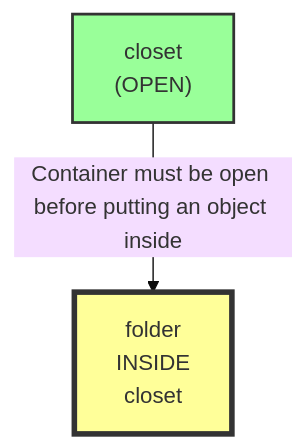
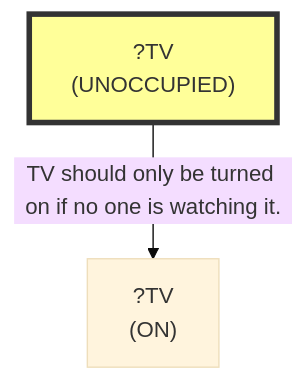
Before and after one commit to scuama/virtualhome: diagram 13 of 16 in evaluation/results/table1/robostate/scale/S5/S-G05/run_T1_SCALE_SG05_S5.md, drawn with Mermaid (base theme). The commit also changed other lines of this file and 96 other files, not shown here.

````diff
--- a/evaluation/results/table1/robostate/scale/S5/S-G05/run_T1_SCALE_SG05_S5.md
+++ b/evaluation/results/table1/robostate/scale/S5/S-G05/run_T1_SCALE_SG05_S5.md
@@ -1085,8 +926,7 @@
 ```mermaid
 graph TD
-    N1["folder<br>INSIDE<br>closet"]
-    style N1 fill:#ff9,stroke:#333,stroke-width:4px
-    N2["closet<br>(OPEN)"]
-    style N2 fill:#9f9,stroke:#333,stroke-width:2px
-    N2 -->|"Container must be open before putting an object inside"| N1
+    N1["?TV<br>(ON)"]
+    N2["?TV<br>(UNOCCUPIED)"]
+    style N2 fill:#ff9,stroke:#333,stroke-width:4px
+    N2 -->|"TV should only be turned on if no one is watching it."| N1
 ```
````
